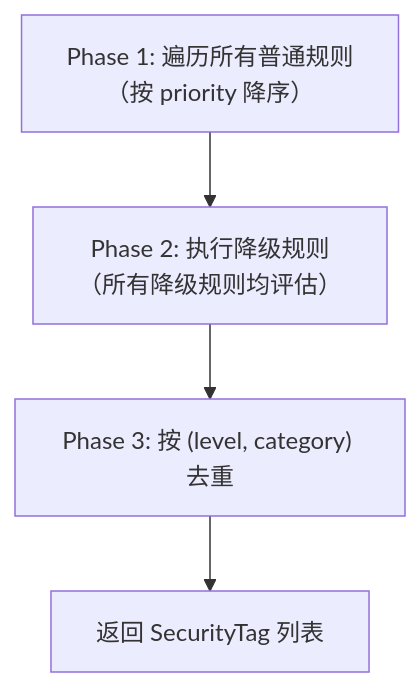
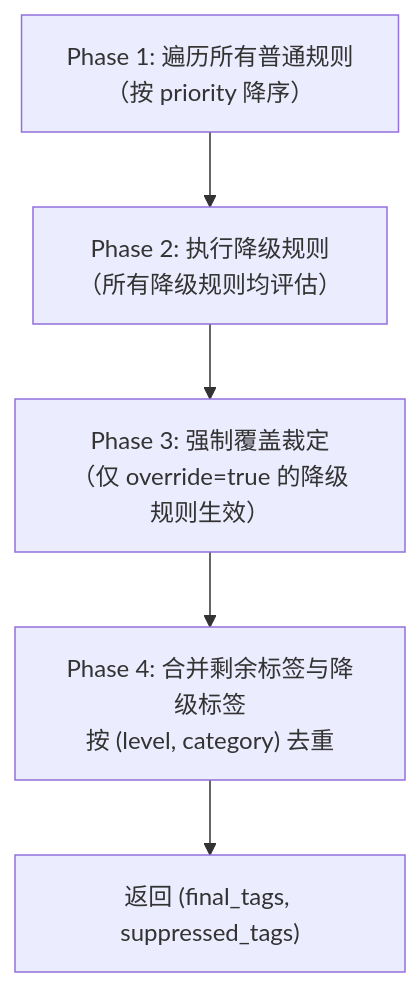
Before and after one commit to fengzhizi319/PrivShield: the fourth of 7 diagrams in docs/dynclassification/design.md, drawn with Mermaid. The commit also changed other lines of this file and 3 other files, not shown here.

````diff
--- a/docs/dynclassification/design.md
+++ b/docs/dynclassification/design.md
@@ -213,6 +247,7 @@
 ```mermaid
 graph TD
     A["Phase 1: 遍历所有普通规则<br/>（按 priority 降序）"] --> B["Phase 2: 执行降级规则<br/>（所有降级规则均评估）"]
-    B --> C["Phase 3: 按 (level, category) 去重"]
-    C --> D["返回 SecurityTag 列表"]
+    B --> C["Phase 3: 强制覆盖裁定<br/>（仅 override=true 的降级规则生效）"]
+    C --> D["Phase 4: 合并剩余标签与降级标签<br/>按 (level, category) 去重"]
+    D --> E["返回 (final_tags, suppressed_tags)"]
 ```
````
